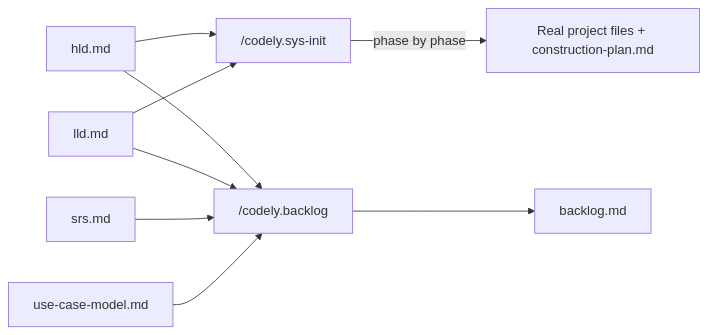
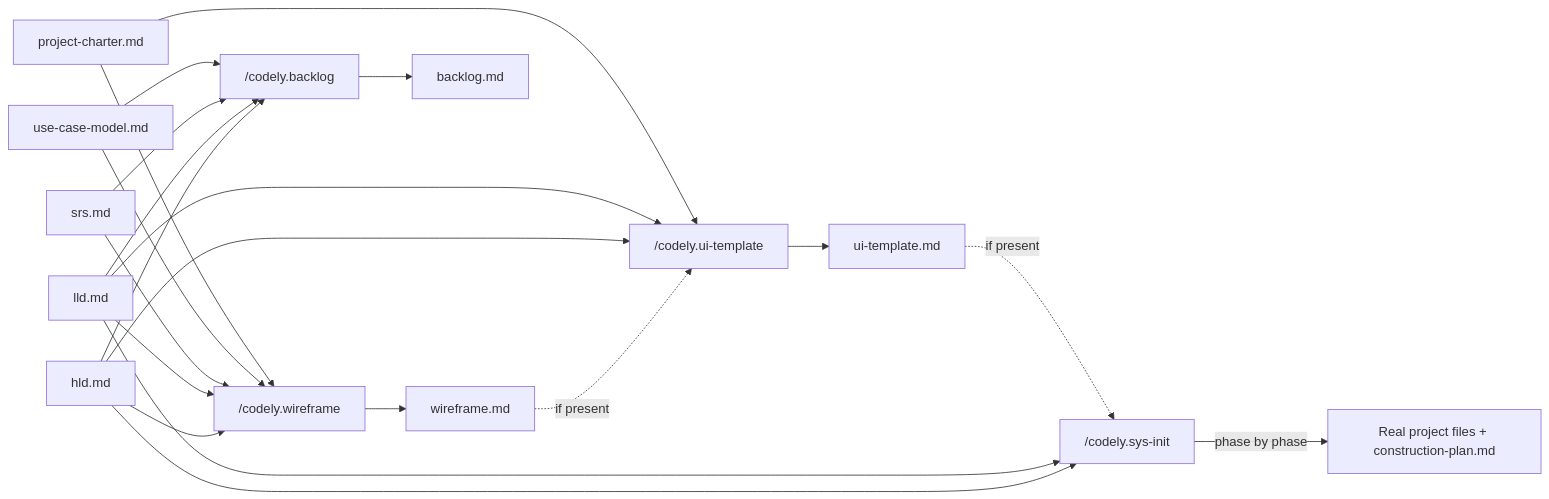
One commit to Mostafa-Elmoghazi/codely.sdd changed the third of 8 diagrams in WORKFLOW.md. Above: the diagram before and after it, drawn with Mermaid. The commit also changed other lines of this file and 7 other files, not shown here.

First line of the commit message:
Add codely.wireframe and codely.ui-template commands

````diff
--- a/WORKFLOW.md
+++ b/WORKFLOW.md
@@ -98,11 +102,23 @@
 ```mermaid
 flowchart LR
-    HLD["hld.md"] --> SysInit["/codely.sys-init"]
-    LLD["lld.md"] --> SysInit
+    HLD["hld.md"] --> Wireframe["/codely.wireframe"]
+    LLD["lld.md"] --> Wireframe
+    SRS["srs.md"] --> Wireframe
+    UCM["use-case-model.md"] --> Wireframe
+    Charter["project-charter.md"] --> Wireframe
+    Wireframe --> WireframeMd["wireframe.md"]
+    WireframeMd -.->|"if present"| UITemplate["/codely.ui-template"]
+    HLD --> UITemplate
+    LLD --> UITemplate
+    Charter --> UITemplate
+    UITemplate --> UITemplateMd["ui-template.md"]
+    HLD --> SysInit["/codely.sys-init"]
+    LLD --> SysInit
+    UITemplateMd -.->|"if present"| SysInit
     HLD --> Backlog["/codely.backlog"]
     LLD --> Backlog
-    SRS["srs.md"] --> Backlog
-    UCM["use-case-model.md"] --> Backlog
+    SRS --> Backlog
+    UCM --> Backlog
     SysInit -->|"phase by phase"| Scaffold["Real project files + construction-plan.md"]
     Backlog --> BacklogMd["backlog.md"]
 ```
````
